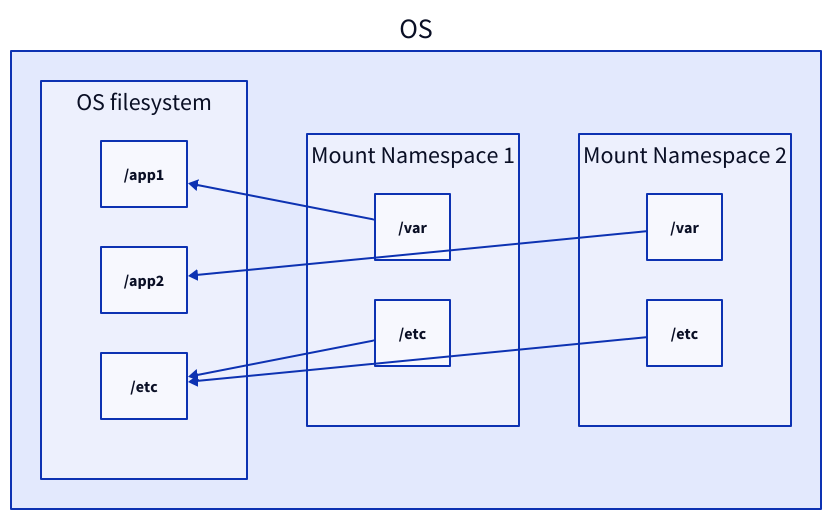
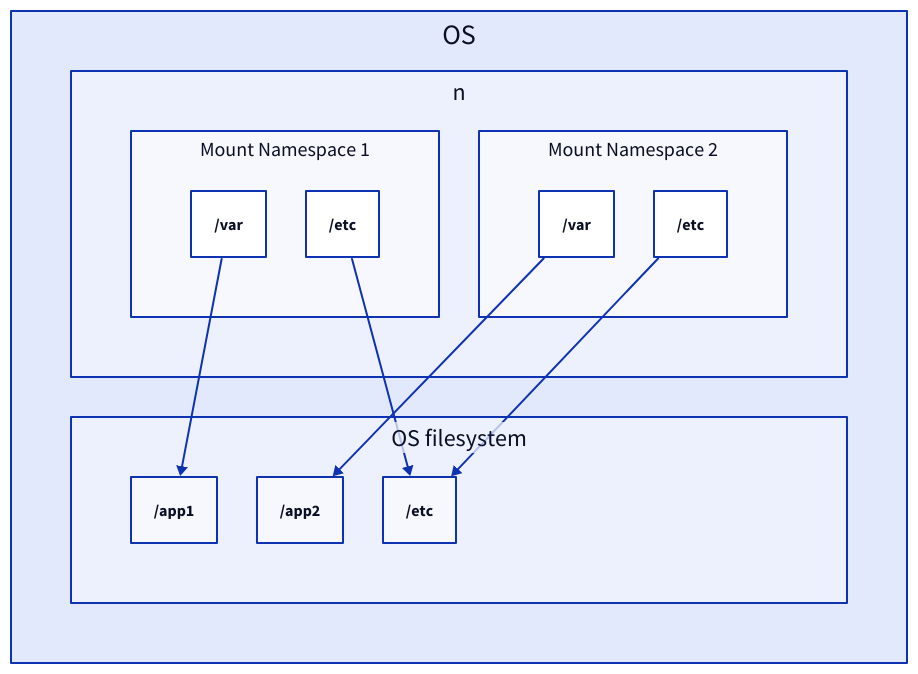
One commit to link1905/system-design-101 changed diagram 17 of 26 in content/docs/system-administration/system-deployment/containerization.md. Above: the diagram before and after it, drawn with D2. The commit also changed other lines of this file and 21 other files, not shown here.

````diff
--- a/content/docs/system-administration/system-deployment/containerization.md
+++ b/content/docs/system-administration/system-deployment/containerization.md
@@ -512,24 +554,43 @@
 ```d2
 OS {
-    f: OS filesystem {
-        grid-columns: 1
-        u: "/app1"
-        a: "/app2"
-        e: "/etc"
-    }
+  grid-rows: 2
+  n {
+    class: none
+    grid-rows: 1
     n1: Mount Namespace 1 {
-        grid-columns: 1
-        h: "/var"
-        e: "/etc"
+        grid-rows: 1
+        h: "/var" {
+          class: folder
+        }
+        e: "/etc" {
+          class: folder
+        }
     }
     n2: Mount Namespace 2 {
-        grid-columns: 1
-        v: "/var"
-        e: "/etc"
+        grid-rows: 1
+        v: "/var" {
+          class: folder
+        }
+        e: "/etc" {
+          class: folder
+        }
     }
-    n1.e -> f.e
-    n1.h -> f.u
-    n2.e -> f.e
-    n2.v -> f.a
+  }
+  f: OS filesystem {
+      grid-rows: 1
+      u: "/app1" {
+        class: folder
+      }
+      a: "/app2" {
+        class: folder
+      }
+      e: "/etc" {
+        class: folder
+      }
+  }
+  n.n1.e -> f.e
+  n.n1.h -> f.u
+  n.n2.e -> f.e
+  n.n2.v -> f.a
 }
 ```
````
